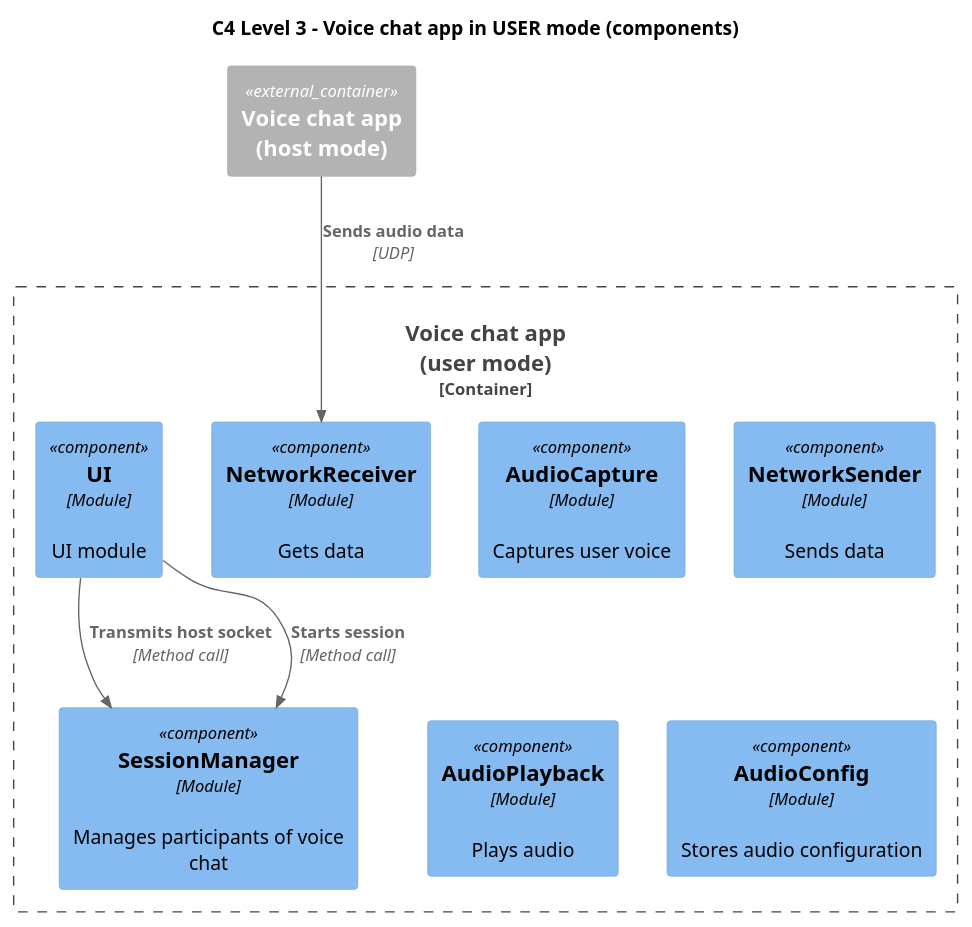
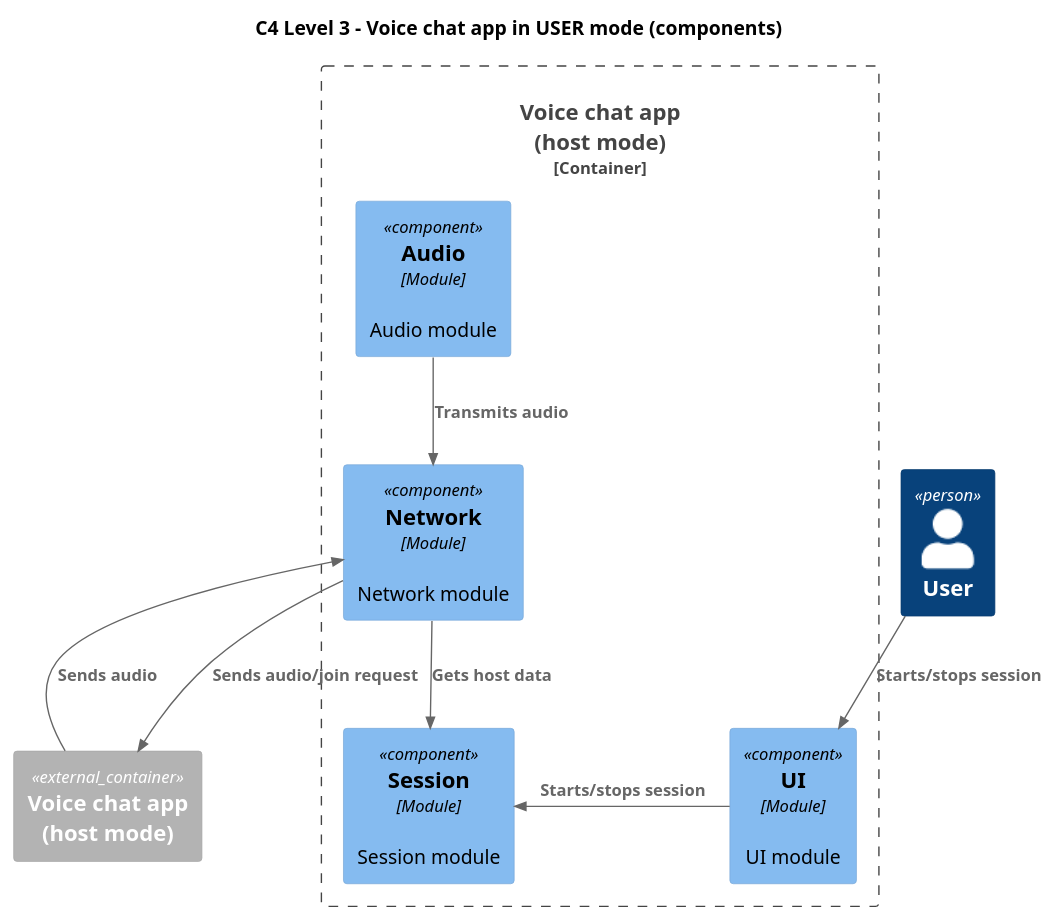
One commit to fedverdev/Ibidem changed the diagram in docs/Voice_chat_app_component_USER.puml. Above: the diagram before and after it, drawn with PlantUML. The commit also changed 1 other file, not shown here.

```diff
--- a/docs/Voice_chat_app_component_USER.puml
+++ b/docs/Voice_chat_app_component_USER.puml
@@ -1,22 +1,23 @@
 @startuml
 !include <C4/C4_Component>
 
 title C4 Level 3 - Voice chat app in USER mode (components)
 
 Container_Ext(vcaHost, "Voice chat app\n(host mode)")
+Person(user, "User")
 
-Container_Boundary(vca, "Voice chat app\n(user mode)") {
-    Component(audioCapture, "AudioCapture", "Module", "Captures user voice")
-    Component(networkSender, "NetworkSender", "Module", "Sends data")
-    Component(networkReceiver, "NetworkReceiver", "Module", "Gets data")
-    Component(sessionManager, "SessionManager", "Module", "Manages participants of voice chat")
-    Component(audioPlayback, "AudioPlayback", "Module", "Plays audio")
-    Component(audioConfig, "AudioConfig", "Module", "Stores audio configuration")
+Container_Boundary(vca, "Voice chat app\n(host mode)") {
+    Component(network, "Network", "Module", "Network module")
+    Component(audio, "Audio", "Module", "Audio module")
+    Component(session, "Session", "Module", "Session module")
     Component(ui, "UI", "Module", "UI module")
 }
 
-Rel(ui, sessionManager, "Transmits host socket", "Method call")
-Rel(vcaHost, networkReceiver, "Sends audio data", "UDP")
-Rel(ui, sessionManager, "Starts session", "Method call")
+Rel(vcaHost, network, "Sends audio")
+Rel(user, ui, "Starts/stops session")
+Rel(audio, network, "Transmits audio")
+Rel(network, vcaHost, "Sends audio/join request")
+Rel(network, session, "Gets host data")
+Rel_L(ui, session, "Starts/stops session")
 
 @enduml
```
